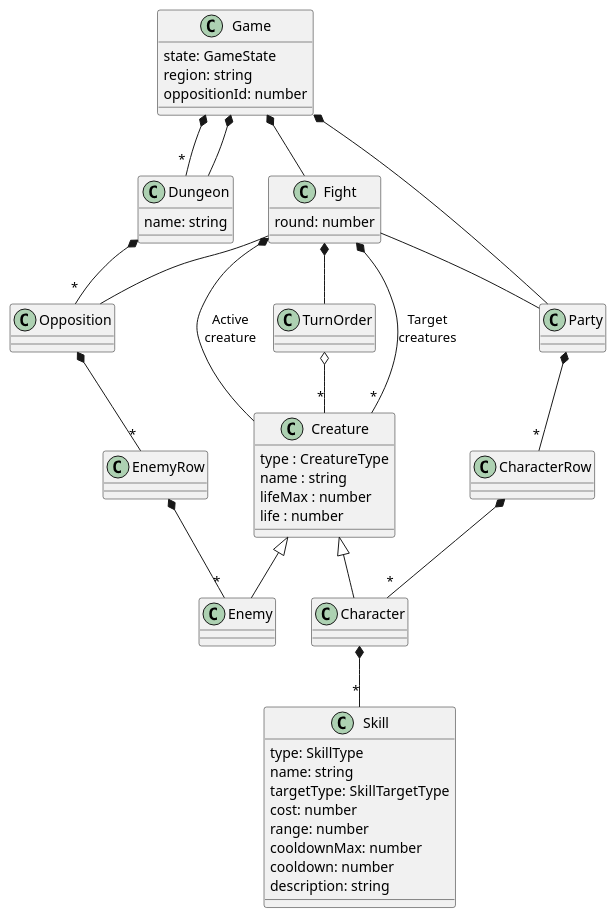
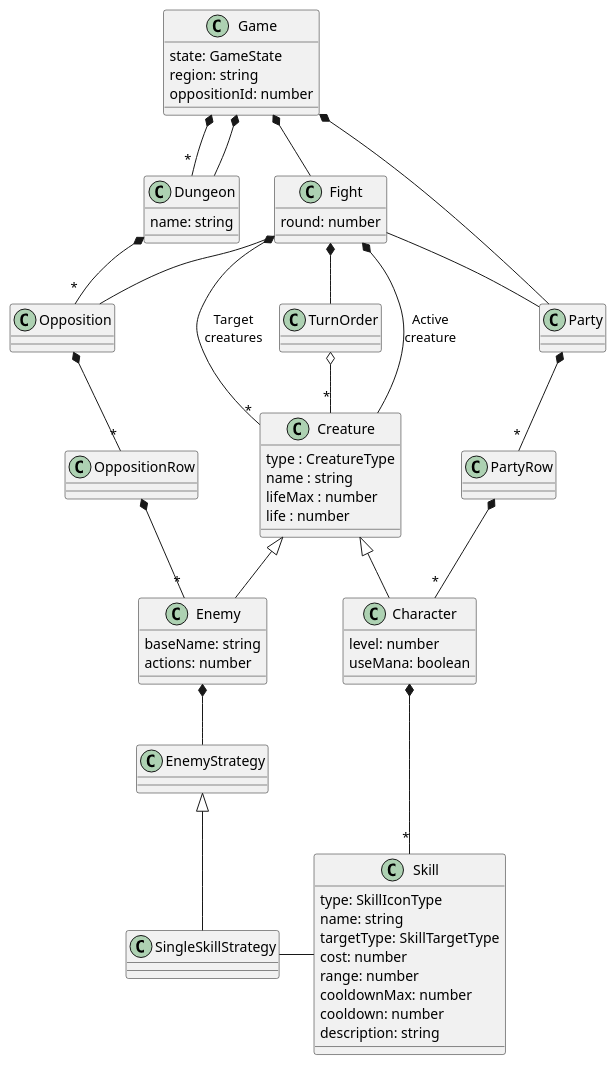
One commit to fbeaufume/draconis changed the diagram in doc/model.puml. Above: the diagram before and after it, drawn with PlantUML. The commit also changed 4 other files, not shown here.

```diff
--- a/doc/model.puml
+++ b/doc/model.puml
@@ -1,75 +1,89 @@
 @startuml
 
 class Game {
   state: GameState
   region: string
   oppositionId: number
 }
 
 class Dungeon {
   name: string
 }
 
+class Fight {
+  round: number
+}
+
+
+class Party {
+}
+
+class PartyRow {
+}
+
+class Opposition {
+}
+
+class OppositionRow {
+}
+
+class TurnOrder {
+}
+
 class Creature {
   type : CreatureType
   name : string
   lifeMax : number
   life : number
 }
 
+class Character {
+  level: number
+  useMana: boolean
+}
+
+class Enemy {
+  baseName: string
+  actions: number
+}
+
+class EnemyStrategy {
+}
+
+class SingleSkillStrategy {
+}
+
 class Skill {
-  type: SkillType
+  type: SkillIconType
   name: string
   targetType: SkillTargetType
   cost: number
   range: number
   cooldownMax: number
   cooldown: number
   description: string
 }
 
-class Character {
-}
-
-class CharacterRow {
-}
-
-class Party {
-}
-
-class Enemy {
-}
-
-class EnemyRow {
-}
-
-class Opposition {
-}
-
-class TurnOrder {
-}
-
-class Fight {
-  round: number
-}
-
 Game *-- Party
 Game *-- Fight
 Game *-- "*" Dungeon
 Game *-- Dungeon
 Dungeon *-- "*" Opposition
-Creature <|-- Character
-Character *-- "*" Skill
-Creature <|-- Enemy
-CharacterRow *-- "*" Character
-Party *-- "*" CharacterRow
-EnemyRow *-- "*" Enemy
-Opposition *-- "*" EnemyRow
-TurnOrder o-- "*" Creature
 Fight -- Party
 Fight -- Opposition
 Fight *-- TurnOrder
 Fight *-- Creature : "Active\ncreature"
 Fight *-- "*" Creature : "Target\ncreatures"
+TurnOrder o-- "*" Creature
+Party *-- "*" PartyRow
+PartyRow *-- "*" Character
+Opposition *-- "*" OppositionRow
+OppositionRow *-- "*" Enemy
+Creature <|-- Character
+Character *-- "*" Skill
+Enemy *-- EnemyStrategy
+Creature <|-- Enemy
+EnemyStrategy <|-- SingleSkillStrategy
+SingleSkillStrategy -right- Skill
 
 @enduml
```
